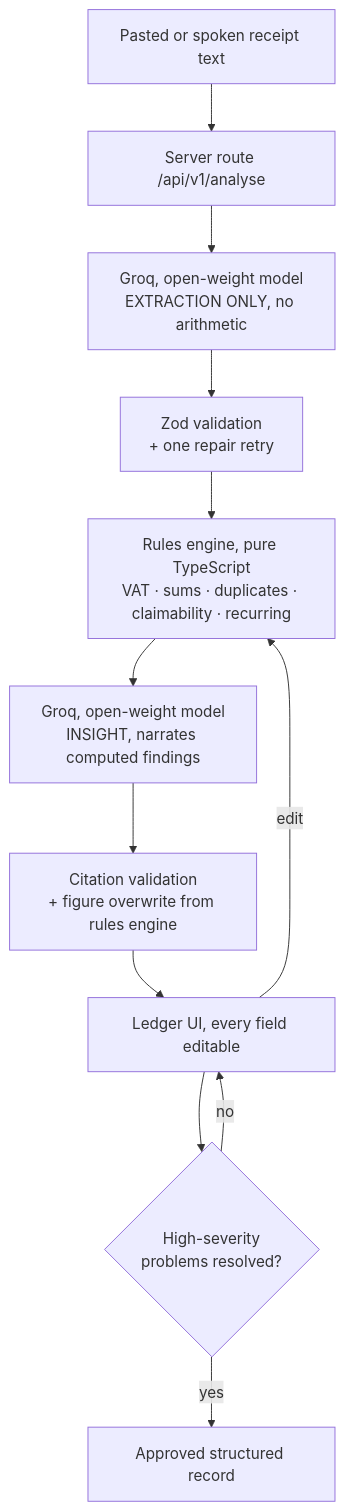
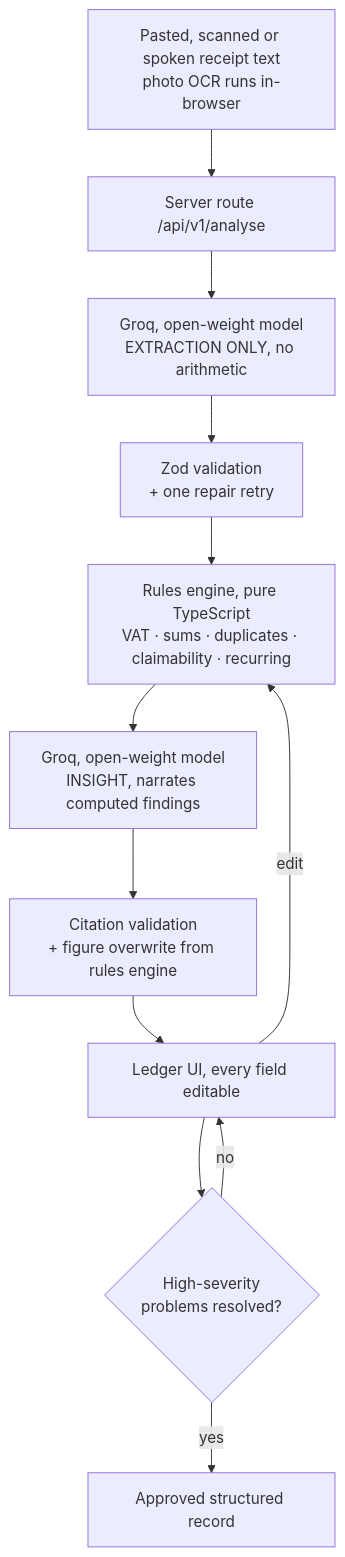
Before and after one commit to wemakesites-lama/pocketpulse: the diagram in README.md, drawn with Mermaid. The commit also changed other lines of this file and 2 other files, not shown here.

````diff
--- a/README.md
+++ b/README.md
@@ -97,14 +97,14 @@
 ```mermaid
 flowchart TD
-  A[Pasted or spoken receipt text] --> B[Server route /api/v1/analyse]
+  A[Pasted, scanned or spoken receipt text<br/>photo OCR runs in-browser] --> B[Server route /api/v1/analyse]
   B --> C[Groq, open-weight model<br/>EXTRACTION ONLY, no arithmetic]
   C --> D[Zod validation<br/>+ one repair retry]
   D --> E[Rules engine, pure TypeScript<br/>VAT · sums · duplicates · claimability · recurring]
   E --> F[Groq, open-weight model<br/>INSIGHT, narrates computed findings]
   F --> G[Citation validation<br/>+ figure overwrite from rules engine]
   G --> H[Ledger UI, every field editable]
   H -->|edit| E
   H --> I{High-severity<br/>problems resolved?}
   I -->|no| H
   I -->|yes| J[Approved structured record]
 ```
````
